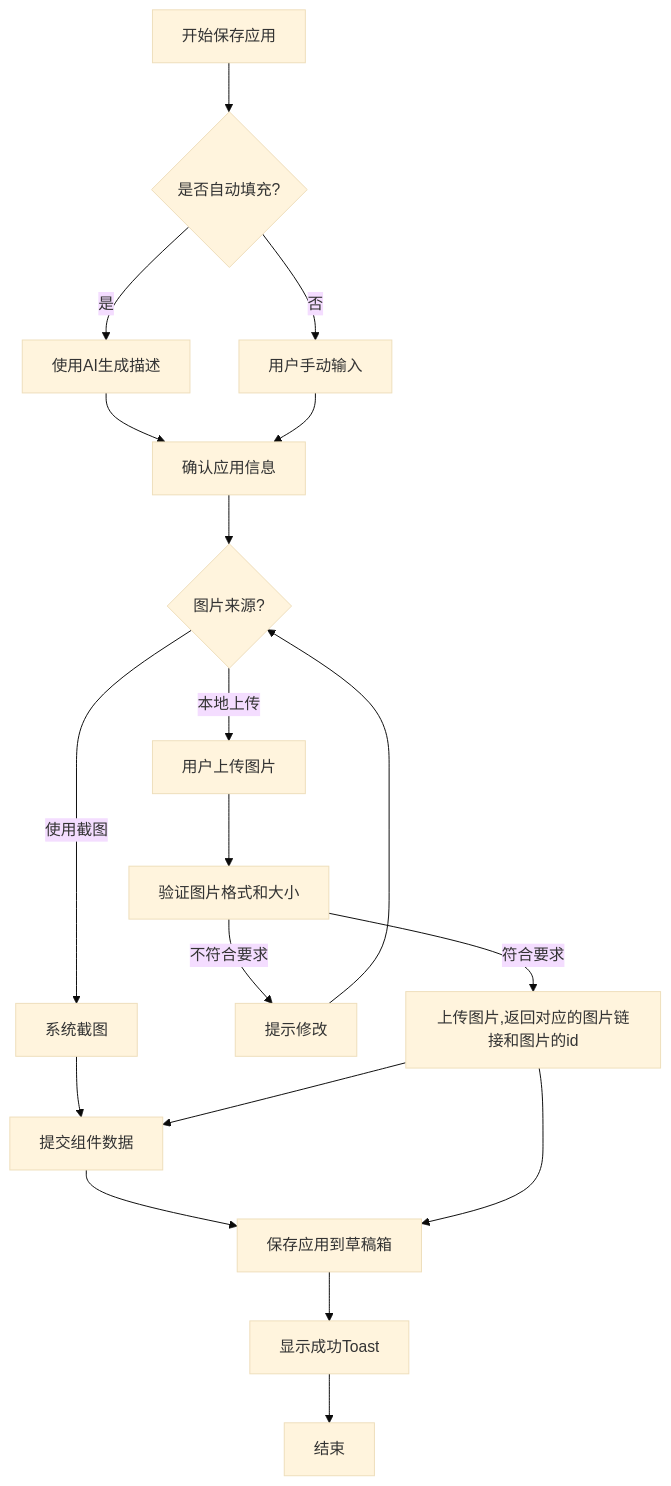
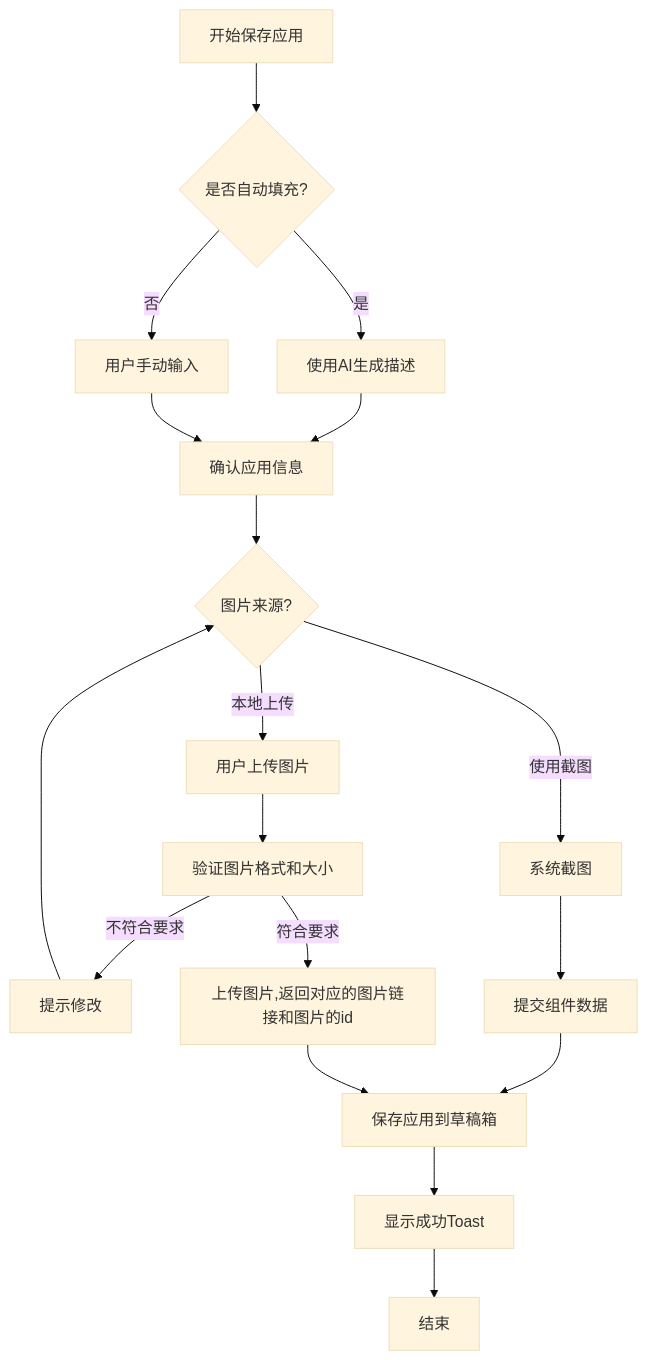
Before and after one commit to yingjianzh/iodraw-files: the diagram in all/未命名-66.md, drawn with Mermaid (base theme).

Commit message:
2025-05-27 11:23:10 update

````diff
--- a/all/未命名-66.md
+++ b/all/未命名-66.md
@@ -1,23 +1,23 @@
 ```mermaid
 flowchart TD
     A[开始保存应用] --> B{是否自动填充?}
     B -->|是| C[使用AI生成描述]
     B -->|否| D[用户手动输入]
     C --> E[确认应用信息]
     D --> E
     E --> F{图片来源?}
     F -->|使用截图| G[系统截图]
     F -->|本地上传| H[用户上传图片]
     H --> I[验证图片格式和大小]
     I -->|不符合要求| J[提示修改]
     J --> F
     I -->|符合要求| K1[上传图片,返回对应的图片链接和图片的id]
 
     G --> N[提交组件数据]
-    K1 --> N
+    
 
     N --> K[保存应用到草稿箱]
     K1 --> K
     K --> L[显示成功Toast]
     L --> M[结束]
 ```
````
